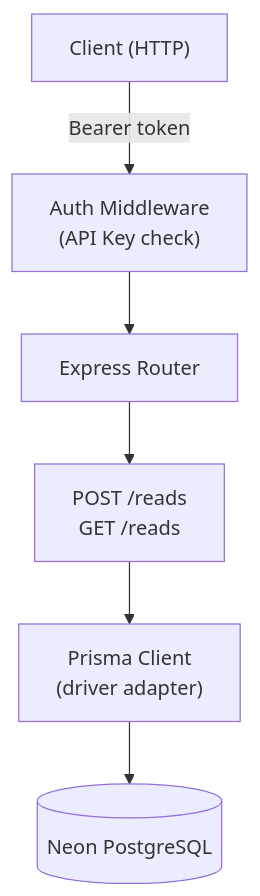
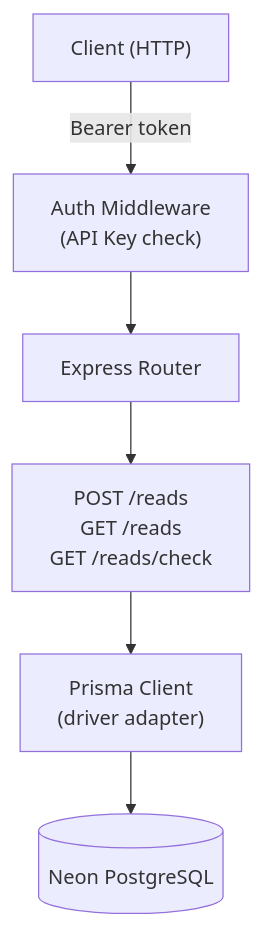
One commit to jonnjonnjo/reading-tracker-api changed the diagram in README.md. Above: the diagram before and after it, drawn with Mermaid. The commit also changed other lines of this file, not shown here.

````diff
--- a/README.md
+++ b/README.md
@@ -7,15 +7,15 @@
 ```mermaid
 graph TD
     Client["Client (HTTP)"]
     Auth["Auth Middleware\n(API Key check)"]
     Router["Express Router"]
-    ReadsRoute["POST /reads\nGET /reads"]
+    ReadsRoute["POST /reads\nGET /reads\nGET /reads/check"]
     Prisma["Prisma Client\n(driver adapter)"]
     Neon[("Neon PostgreSQL")]
 
     Client -->|"Bearer token"| Auth
     Auth --> Router
     Router --> ReadsRoute
     ReadsRoute --> Prisma
     Prisma --> Neon
 ```
````
